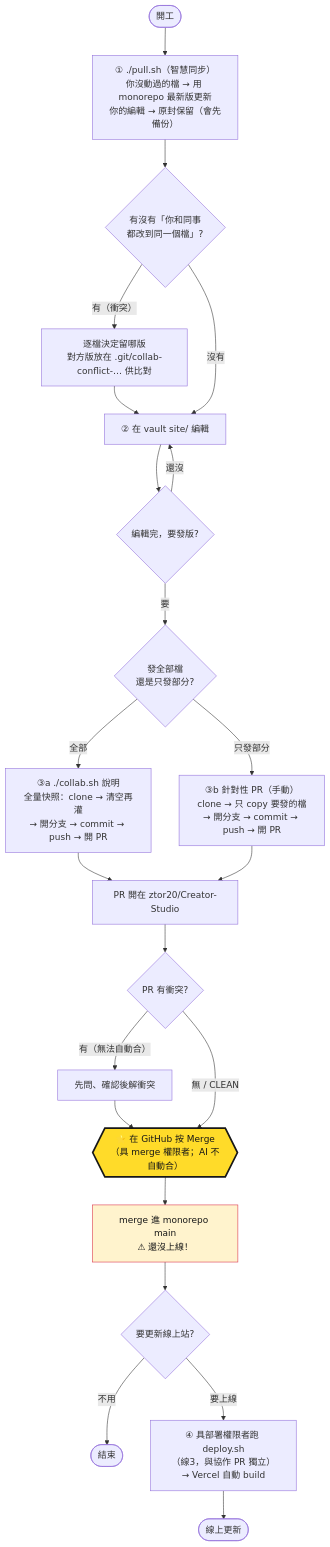
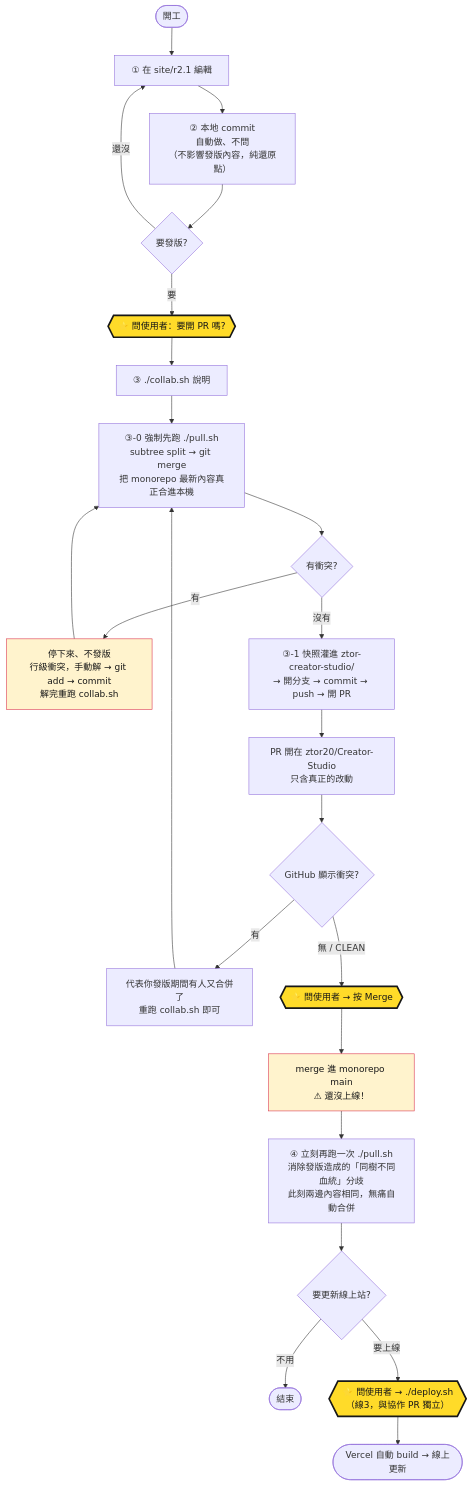
Before and after one commit to ztor20/Creator-Studio: the diagram in ztor-creator-studio/WORKFLOW.md, drawn with Mermaid. The commit also changed other lines of this file, not shown here.

Commit message:
WORKFLOW.md 對齊現況：新發版流程圖、11 項檢查、檔案結構更新 (#159)

````diff
--- a/ztor-creator-studio/WORKFLOW.md
+++ b/ztor-creator-studio/WORKFLOW.md
@@ -71,29 +80,30 @@
 ```mermaid
 flowchart TD
-    A(["開工"]) --> B["① ./pull.sh（智慧同步）<br/>你沒動過的檔 → 用 monorepo 最新版更新<br/>你的編輯 → 原封保留（會先備份）"]
-    B --> C{"有沒有「你和同事<br/>都改到同一個檔」?"}
-    C -- "有（衝突）" --> C1["逐檔決定留哪版<br/>對方版放在 .git/collab-conflict-… 供比對"]
-    C1 --> D
-    C -- "沒有" --> D["② 在 vault site/ 編輯"]
-    D --> E{"編輯完，要發版?"}
-    E -- "還沒" --> D
-    E -- "要" --> F{"發全部檔<br/>還是只發部分?"}
-    F -- "全部" --> G["③a ./collab.sh 說明<br/>全量快照：clone → 清空再灌<br/>→ 開分支 → commit → push → 開 PR"]
-    F -- "只發部分" --> H["③b 針對性 PR（手動）<br/>clone → 只 copy 要發的檔<br/>→ 開分支 → commit → push → 開 PR"]
-    G --> I["PR 開在 ztor20/Creator-Studio"]
-    H --> I
-    I --> J{"PR 有衝突?"}
-    J -- "有（無法自動合）" --> J1["先問、確認後解衝突"]
-    J1 --> K
-    J -- "無 / CLEAN" --> K{{"⭐ 在 GitHub 按 Merge<br/>（具 merge 權限者；AI 不自動合）"}}
+    A(["開工"]) --> B["① 在 site/r2.1 編輯"]
+    B --> B2["② 本地 commit<br/>自動做、不問<br/>（不影響發版內容，純還原點）"]
+    B2 --> E{"要發版?"}
+    E -- "還沒" --> B
+    E -- "要" --> F{{"⭐ 問使用者：要開 PR 嗎?"}}
+    F --> G["③ ./collab.sh 說明"]
+    G --> G1["③-0 強制先跑 ./pull.sh<br/>subtree split → git merge<br/>把 monorepo 最新內容真正合進本機"]
+    G1 --> C{"有衝突?"}
+    C -- "有" --> C1["停下來、不發版<br/>行級衝突，手動解 → git add → commit<br/>解完重跑 collab.sh"]
+    C1 --> G1
+    C -- "沒有" --> G2["③-1 快照灌進 ztor-creator-studio/<br/>→ 開分支 → commit → push → 開 PR"]
+    G2 --> I["PR 開在 ztor20/Creator-Studio<br/>只含真正的改動"]
+    I --> J{"GitHub 顯示衝突?"}
+    J -- "有" --> J1["代表你發版期間有人又合併了<br/>重跑 collab.sh 即可"]
+    J1 --> G1
+    J -- "無 / CLEAN" --> K{{"⭐ 問使用者 → 按 Merge"}}
     K --> L["merge 進 monorepo main<br/>⚠ 還沒上線！"]
-    L --> M{"要更新線上站?"}
+    L --> P1["④ 立刻再跑一次 ./pull.sh<br/>消除發版造成的「同樹不同血統」分歧<br/>此刻兩邊內容相同，無痛自動合併"]
+    P1 --> M{"要更新線上站?"}
     M -- "不用" --> N(["結束"])
-    M -- "要上線" --> O["④ 具部署權限者跑 deploy.sh<br/>（線3，與協作 PR 獨立）→ Vercel 自動 build"]
-    O --> P(["線上更新"])
+    M -- "要上線" --> O{{"⭐ 問使用者 → ./deploy.sh<br/>（線3，與協作 PR 獨立）"}}
+    O --> P(["Vercel 自動 build → 線上更新"])
 
     classDef gate fill:#FFDB29,stroke:#171717,stroke-width:3px,color:#171717;
     classDef warn fill:#FFF3CD,stroke:#DA314A,stroke-width:1px,color:#171717;
-    class K gate;
-    class L warn;
+    class F,K,O gate;
+    class L,C1 warn;
 ```
````
